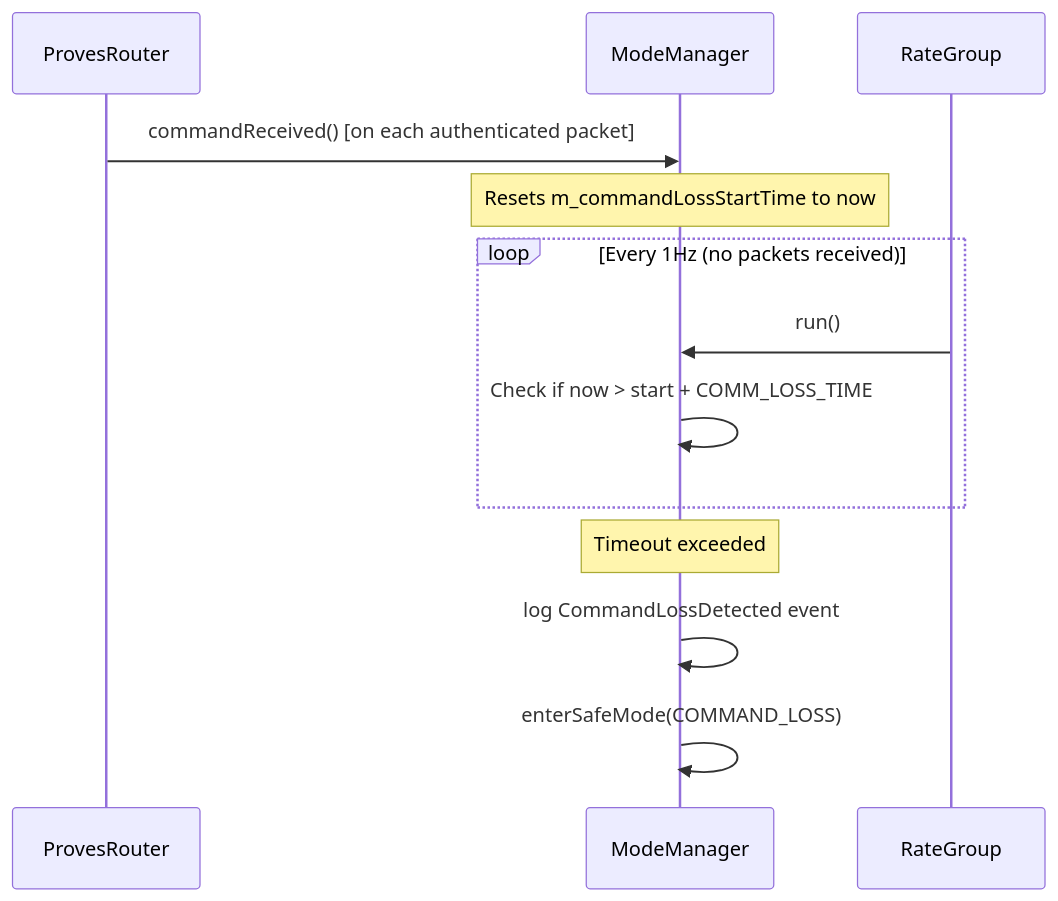
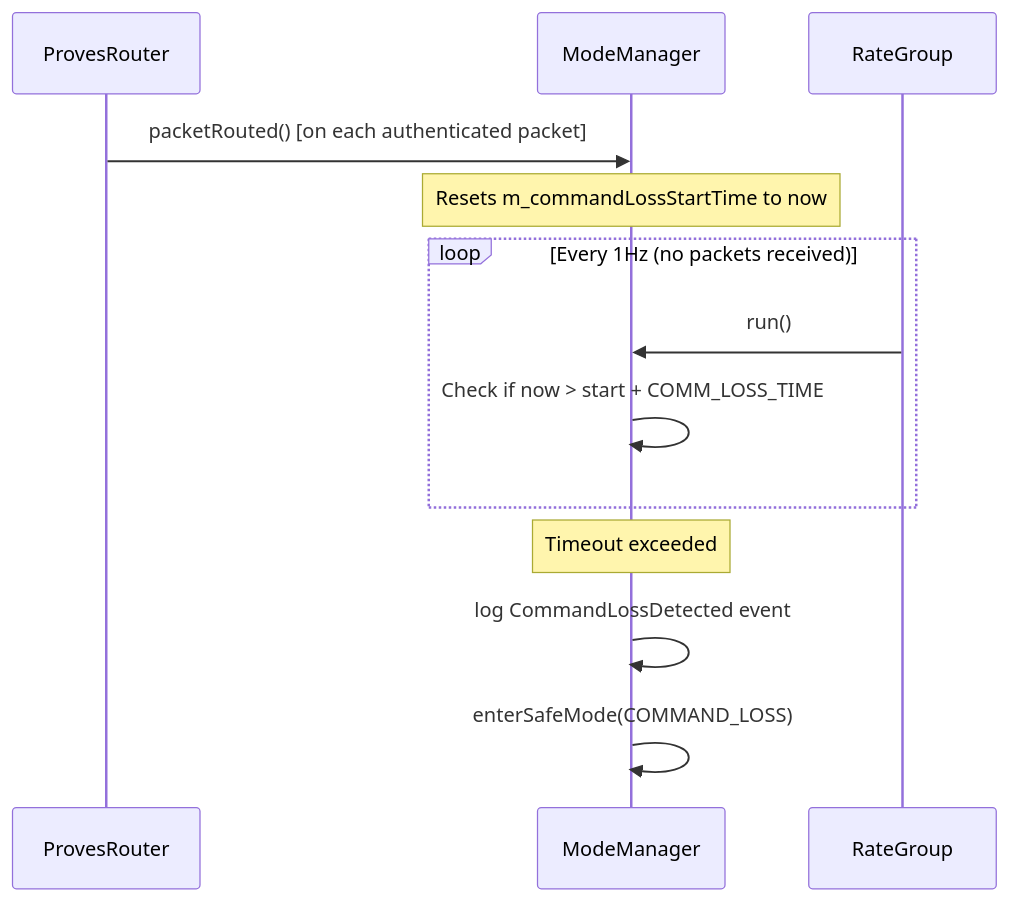
Before and after one commit to Open-Source-Space-Foundation/proves-core-reference: the second of 4 diagrams in PROVESFlightControllerReference/Components/ModeManager/docs/sdd.md, drawn with Mermaid. The commit also changed other lines of this file and 5 other files, not shown here.

````diff
--- a/PROVESFlightControllerReference/Components/ModeManager/docs/sdd.md
+++ b/PROVESFlightControllerReference/Components/ModeManager/docs/sdd.md
@@ -154,17 +154,17 @@
 ```mermaid
 sequenceDiagram
     participant AuthRouter as ProvesRouter
     participant ModeManager
     participant RateGroup
 
-    AuthRouter->>ModeManager: commandReceived() [on each authenticated packet]
+    AuthRouter->>ModeManager: packetRouted() [on each authenticated packet]
     Note over ModeManager: Resets m_commandLossStartTime to now
 
     loop Every 1Hz (no packets received)
         RateGroup->>ModeManager: run()
         ModeManager->>ModeManager: Check if now > start + COMM_LOSS_TIME
     end
     Note over ModeManager: Timeout exceeded
     ModeManager->>ModeManager: log CommandLossDetected event
     ModeManager->>ModeManager: enterSafeMode(COMMAND_LOSS)
 ```
````
